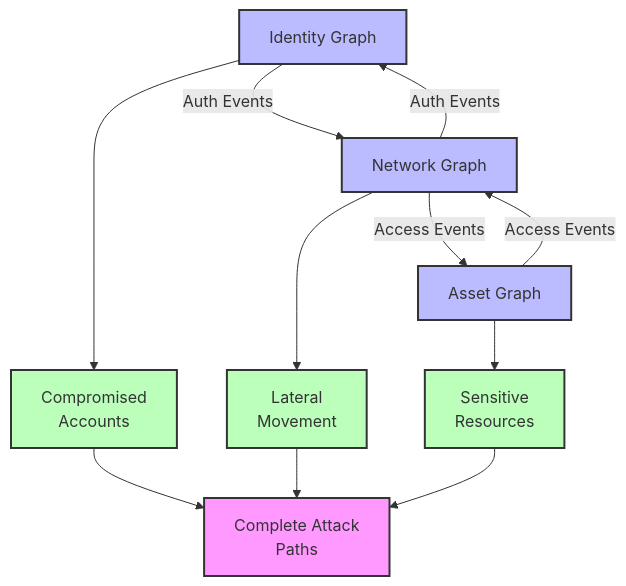
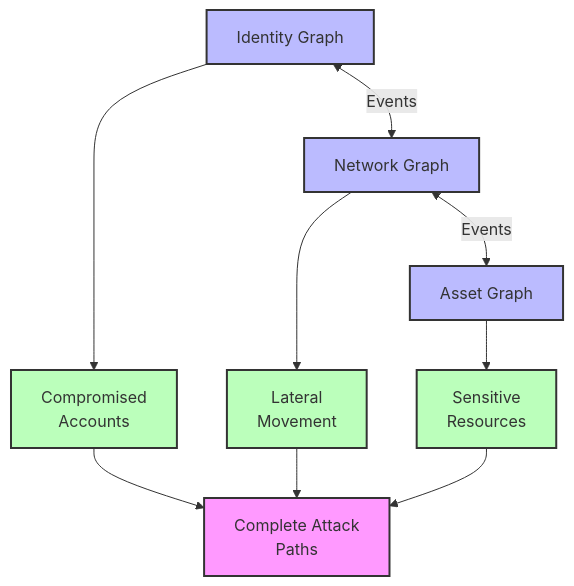
One commit to Azure/azure-kusto-graph-samples changed the seventh of 7 diagrams in graph of graph/README.md. Above: the diagram before and after it, drawn with Mermaid. The commit also changed other lines of this file, not shown here.

````diff
--- a/graph of graph/README.md
+++ b/graph of graph/README.md
@@ -817,23 +817,21 @@
 ```mermaid
 flowchart TD
-    IG[Identity Graph] -->|Auth Events| NG[Network Graph]
-    NG -->|Auth Events| IG
-    NG -->|Access Events| AG[Asset Graph]
-    AG -->|Access Events| NG
+    IG[Identity Graph] <-->|Events| NG[Network Graph]
+    NG <--> |Events| AG[Asset Graph]
     
-    IG --> CA[Compromised\nAccounts]
-    NG --> LM[Lateral\nMovement]
-    AG --> SR[Sensitive\nResources]
+    IG --> CA[Compromised<br>Accounts]
+    NG --> LM[Lateral<br>Movement]
+    AG --> SR[Sensitive<br>Resources]
     
-    CA --> CAP[Complete Attack\nPaths]
+    CA --> CAP[Complete Attack<br>Paths]
     LM --> CAP
     SR --> CAP
     
     classDef graphNode fill:#bbf,stroke:#333,stroke-width:2px;
     classDef analysisNode fill:#bfb,stroke:#333,stroke-width:2px;
     classDef resultNode fill:#f9f,stroke:#333,stroke-width:2px;
     
     class IG,NG,AG graphNode;
     class CA,LM,SR analysisNode;
     class CAP resultNode;
 ```
````
